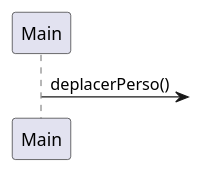
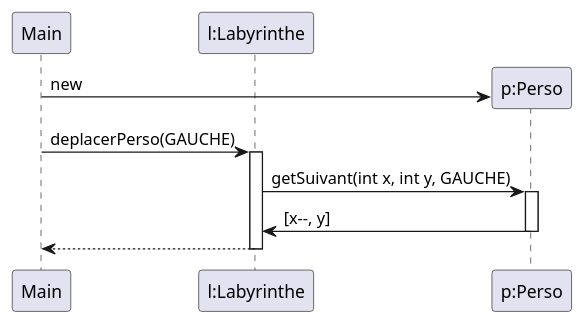
Before and after one commit to WashiFR/2023_Zeldiablo_weier3u_lemeunie6u_chauvel8u_dietric43u: the diagram in documents/version_1/diag_sequence.puml, drawn with PlantUML.

Commit message:
Ajout du diagramme de séquence question 8

```diff
--- a/documents/version_1/diag_sequence.puml
+++ b/documents/version_1/diag_sequence.puml
@@ -1,5 +1,16 @@
 @startuml
 'https://plantuml.com/sequence-diagram
 
-Main ->  : deplacerPerso()
+participant Main
+participant "l:Labyrinthe" as labyrinthe
+create "p:Perso" as perso
+Main -> perso : new
+Main -> labyrinthe : deplacerPerso(GAUCHE)
+activate labyrinthe
+labyrinthe -> perso : getSuivant(int x, int y, GAUCHE)
+activate perso
+perso -> labyrinthe : [x--, y]
+deactivate perso
+Main <-- labyrinthe
+deactivate labyrinthe
 @enduml
```
